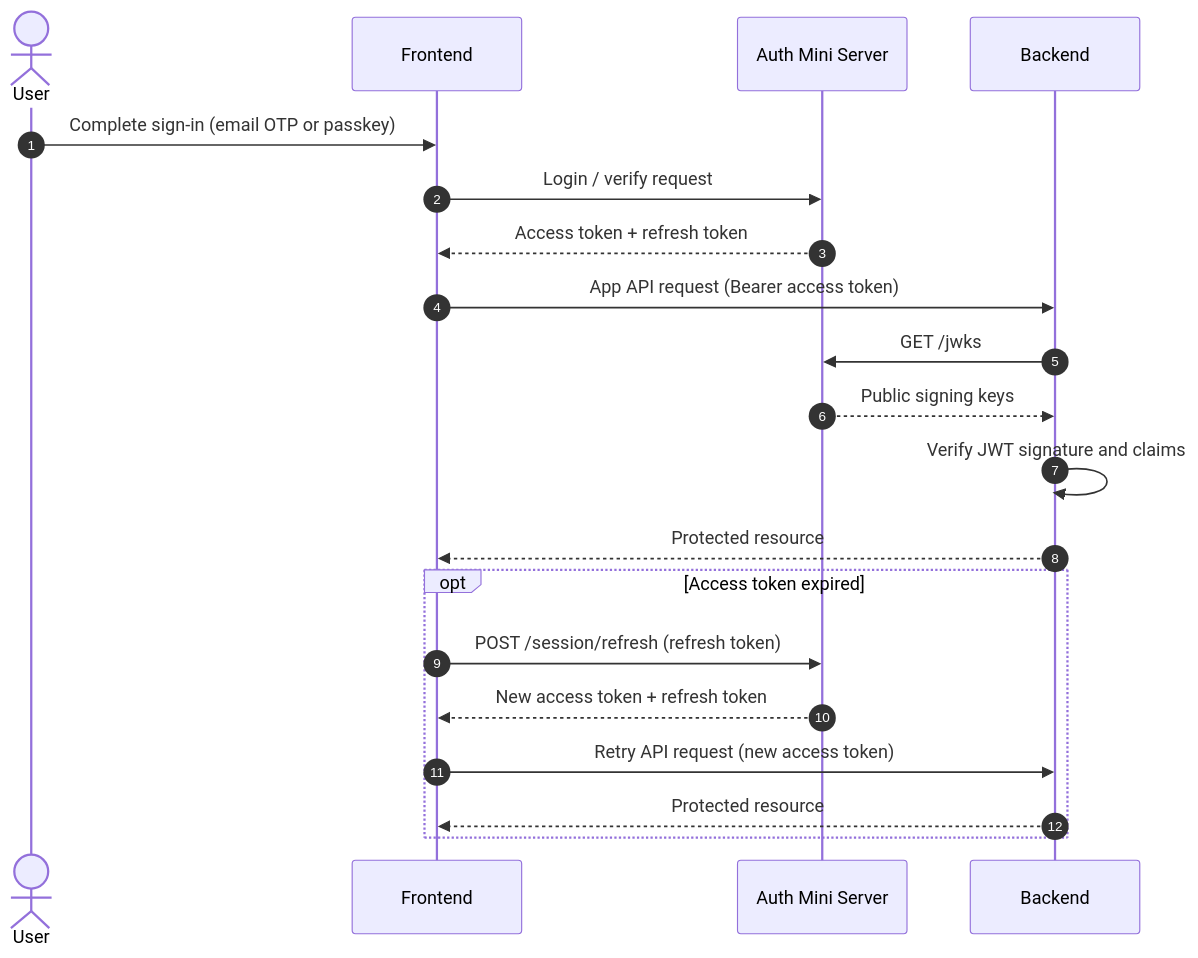
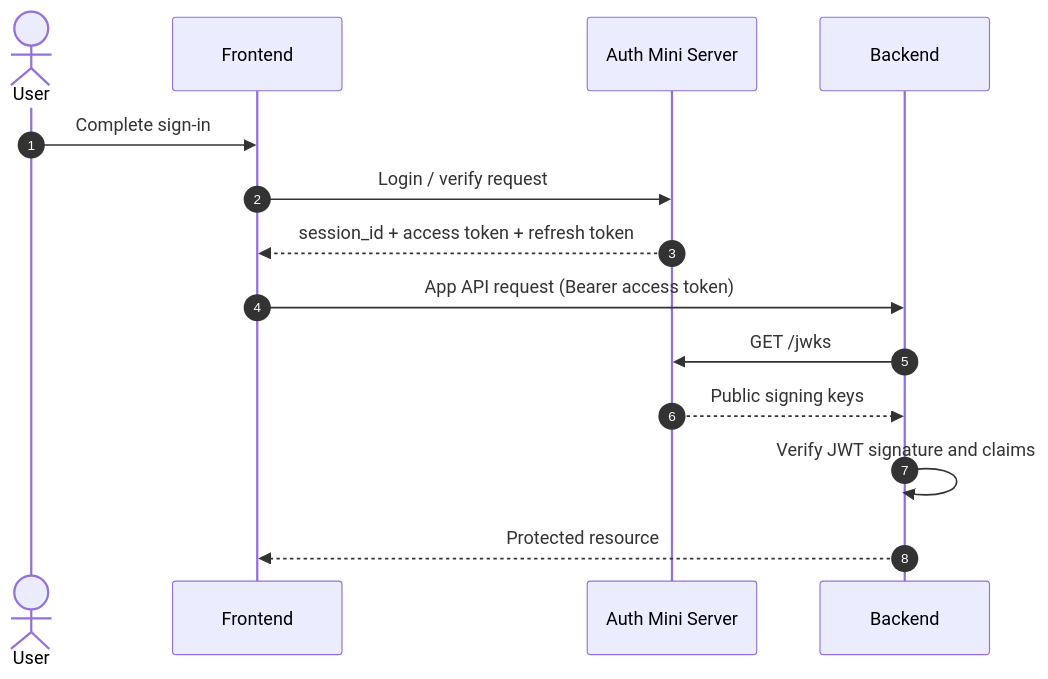
One commit to zccz14/auth-mini changed the third of 3 diagrams in README.md. Above: the diagram before and after it, drawn with Mermaid. The commit also changed other lines of this file and 9 other files, not shown here.

````diff
--- a/README.md
+++ b/README.md
@@ -65,25 +63,17 @@
 ```mermaid
 sequenceDiagram
     autonumber
     actor User
     participant Frontend
     participant Auth as Auth Mini Server
     participant Backend
 
-    User->>Frontend: Complete sign-in (email OTP or passkey)
+    User->>Frontend: Complete sign-in
     Frontend->>Auth: Login / verify request
-    Auth-->>Frontend: Access token + refresh token
-
+    Auth-->>Frontend: session_id + access token + refresh token
     Frontend->>Backend: App API request (Bearer access token)
     Backend->>Auth: GET /jwks
     Auth-->>Backend: Public signing keys
     Backend->>Backend: Verify JWT signature and claims
     Backend-->>Frontend: Protected resource
-
-    opt Access token expired
-        Frontend->>Auth: POST /session/refresh (refresh token)
-        Auth-->>Frontend: New access token + refresh token
-        Frontend->>Backend: Retry API request (new access token)
-        Backend-->>Frontend: Protected resource
-    end
 ```
````
